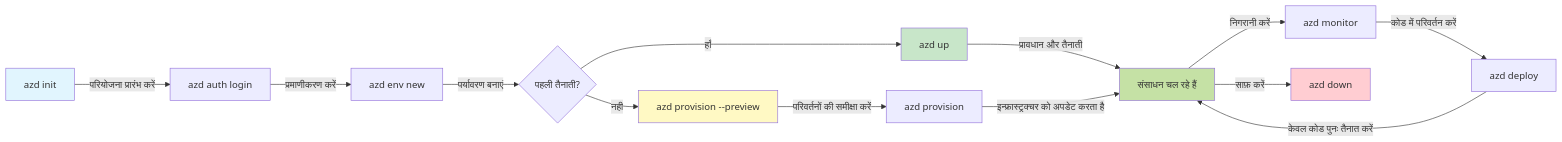
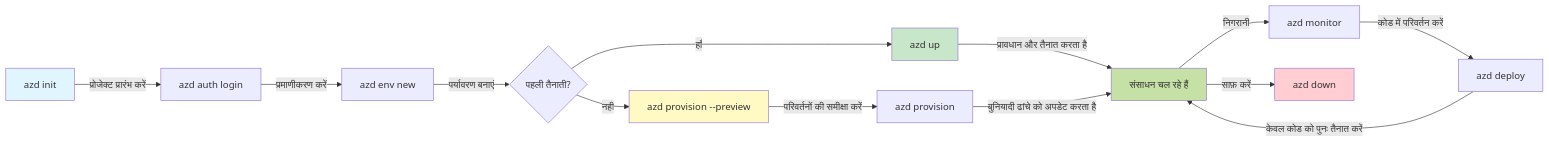
Before and after one commit to microsoft/AZD-for-beginners: the first of 2 diagrams in translations/hi/docs/chapter-01-foundation/azd-basics.md, drawn with Mermaid. The commit also changed other lines of this file and 101 other files, not shown here.

````diff
--- a/translations/hi/docs/chapter-01-foundation/azd-basics.md
+++ b/translations/hi/docs/chapter-01-foundation/azd-basics.md
@@ -254,21 +269,21 @@
 ```mermaid
 graph LR
-    A[azd init] -->|परियोजना प्रारंभ करें| B[azd auth login]
+    A[azd init] -->|प्रोजेक्ट प्रारंभ करें| B[azd auth login]
     B -->|प्रमाणीकरण करें| C[azd env new]
     C -->|पर्यावरण बनाएं| D{पहली तैनाती?}
     D -->|हाँ| E[azd up]
     D -->|नहीं| F[azd provision --preview]
     F -->|परिवर्तनों की समीक्षा करें| G[azd provision]
-    E -->|प्रावधान और तैनाती| H[संसाधन चल रहे हैं]
-    G -->|इन्फ्रास्ट्रक्चर को अपडेट करता है| H
-    H -->|निगरानी करें| I[azd monitor]
+    E -->|प्रावधान और तैनात करता है| H[संसाधन चल रहे हैं]
+    G -->|बुनियादी ढांचे को अपडेट करता है| H
+    H -->|निगरानी| I[azd monitor]
     I -->|कोड में परिवर्तन करें| J[azd deploy]
-    J -->|केवल कोड पुनः तैनात करें| H
+    J -->|केवल कोड को पुनः तैनात करें| H
     H -->|साफ़ करें| K[azd down]
     
     style A fill:#e1f5fe
     style E fill:#c8e6c9
     style F fill:#fff9c4
     style H fill:#c5e1a5
     style K fill:#ffcdd2
 ```
````
